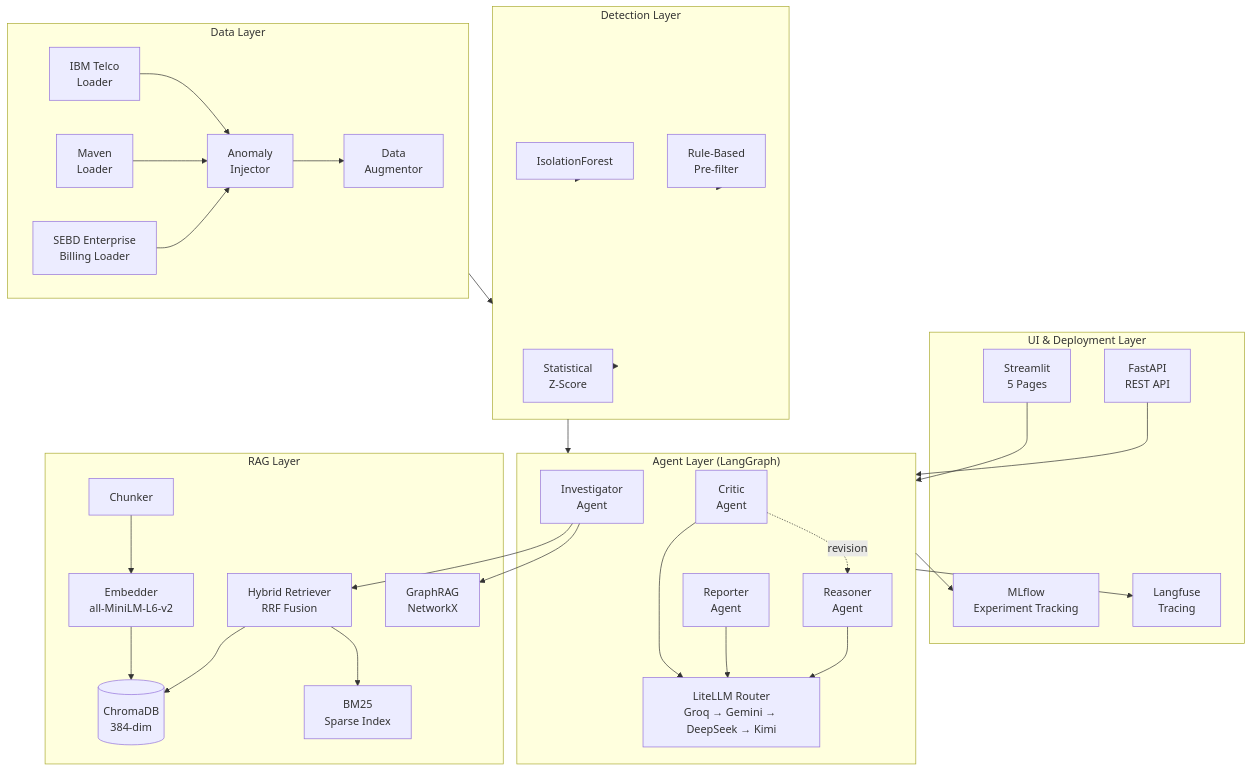
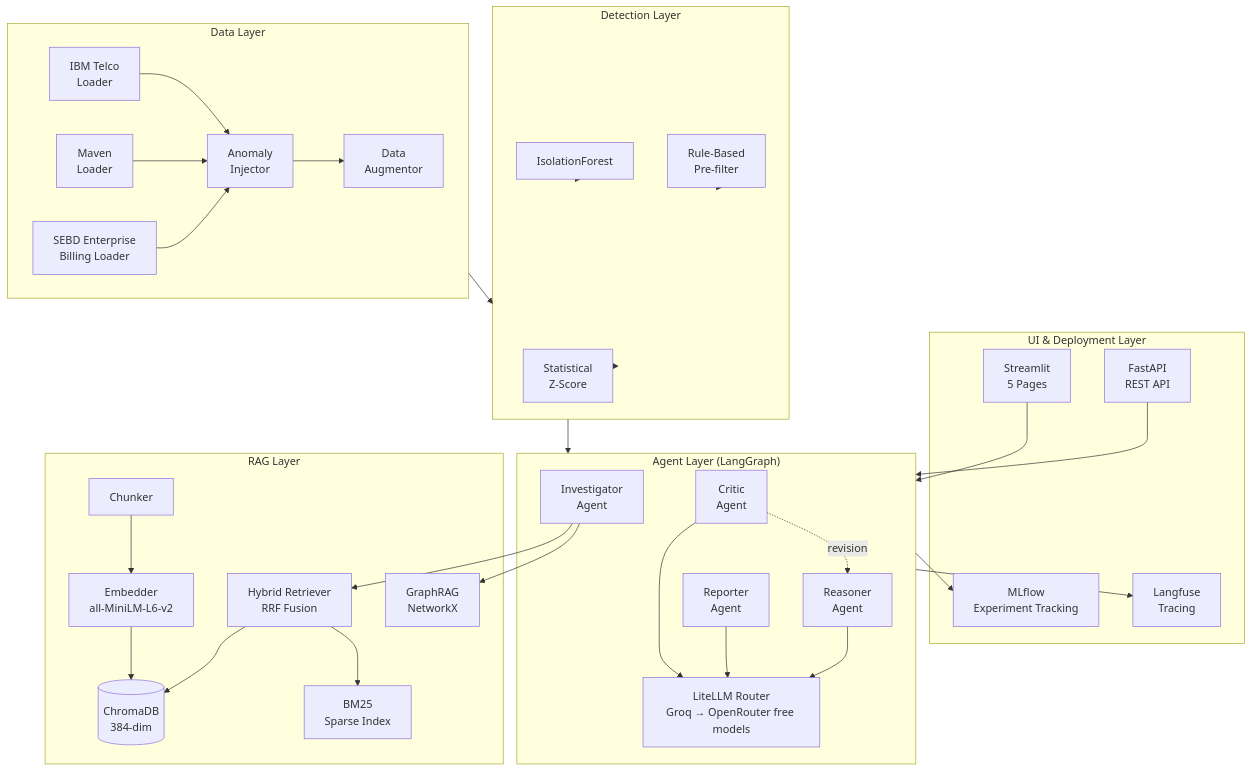
Before and after one commit to tatsat3mutee/mtech-teleco-multiagent-project: the diagram in docs/diagrams/architecture.md, drawn with Mermaid. The commit also changed 14 other files, not shown here.

````diff
--- a/docs/diagrams/architecture.md
+++ b/docs/diagrams/architecture.md
@@ -3,69 +3,69 @@
 ```mermaid
 graph TB
     subgraph UI["UI & Deployment Layer"]
         ST[Streamlit<br/>5 Pages]
         API[FastAPI<br/>REST API]
         MLF[MLflow<br/>Experiment Tracking]
         LF[Langfuse<br/>Tracing]
     end
 
     subgraph Agents["Agent Layer (LangGraph)"]
         INV[Investigator<br/>Agent]
         RES[Reasoner<br/>Agent]
         CRI[Critic<br/>Agent]
         REP[Reporter<br/>Agent]
-        LLM[LiteLLM Router<br/>Groq → Gemini → DeepSeek → Kimi]
+        LLM[LiteLLM Router<br/>Groq → OpenRouter free models]
     end
 
     subgraph RAG["RAG Layer"]
         EMB[Embedder<br/>all-MiniLM-L6-v2]
         CHK[Chunker]
         CDB[(ChromaDB<br/>384-dim)]
         BM[BM25<br/>Sparse Index]
         HYB[Hybrid Retriever<br/>RRF Fusion]
         GR[GraphRAG<br/>NetworkX]
     end
 
     subgraph Detection["Detection Layer"]
         IF[IsolationForest]
         RB[Rule-Based<br/>Pre-filter]
         STAT[Statistical<br/>Z-Score]
     end
 
     subgraph Data["Data Layer"]
         IBM[IBM Telco<br/>Loader]
         MAV[Maven<br/>Loader]
         SEBD[SEBD Enterprise<br/>Billing Loader]
         INJ[Anomaly<br/>Injector]
         AUG[Data<br/>Augmentor]
     end
 
     %% Connections
     ST --> Agents
     API --> Agents
     Agents --> MLF
     Agents --> LF
 
     INV --> HYB
     INV --> GR
     RES --> LLM
     CRI --> LLM
     REP --> LLM
     CRI -.->|revision| RES
 
     HYB --> CDB
     HYB --> BM
     EMB --> CDB
     CHK --> EMB
 
     Detection --> Agents
     IF --> Detection
     RB --> Detection
     STAT --> Detection
 
     Data --> Detection
     IBM --> INJ
     MAV --> INJ
     SEBD --> INJ
     INJ --> AUG
 ```
````
